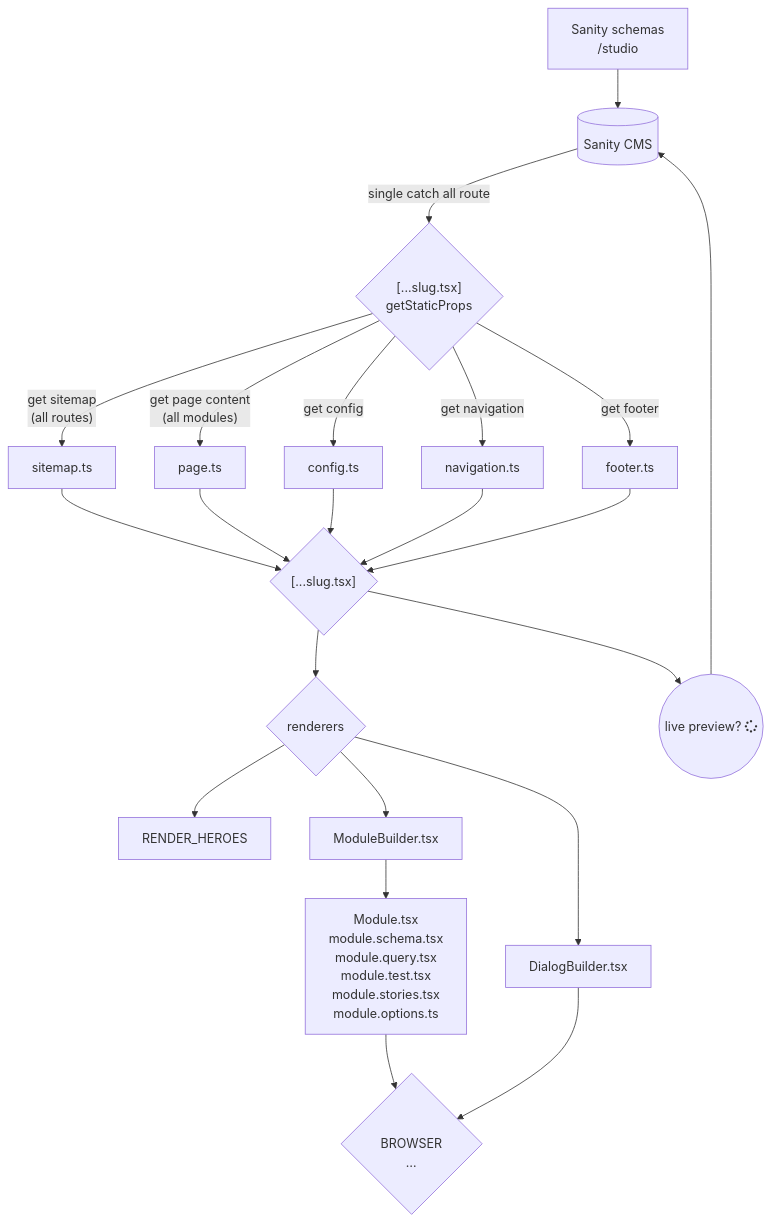
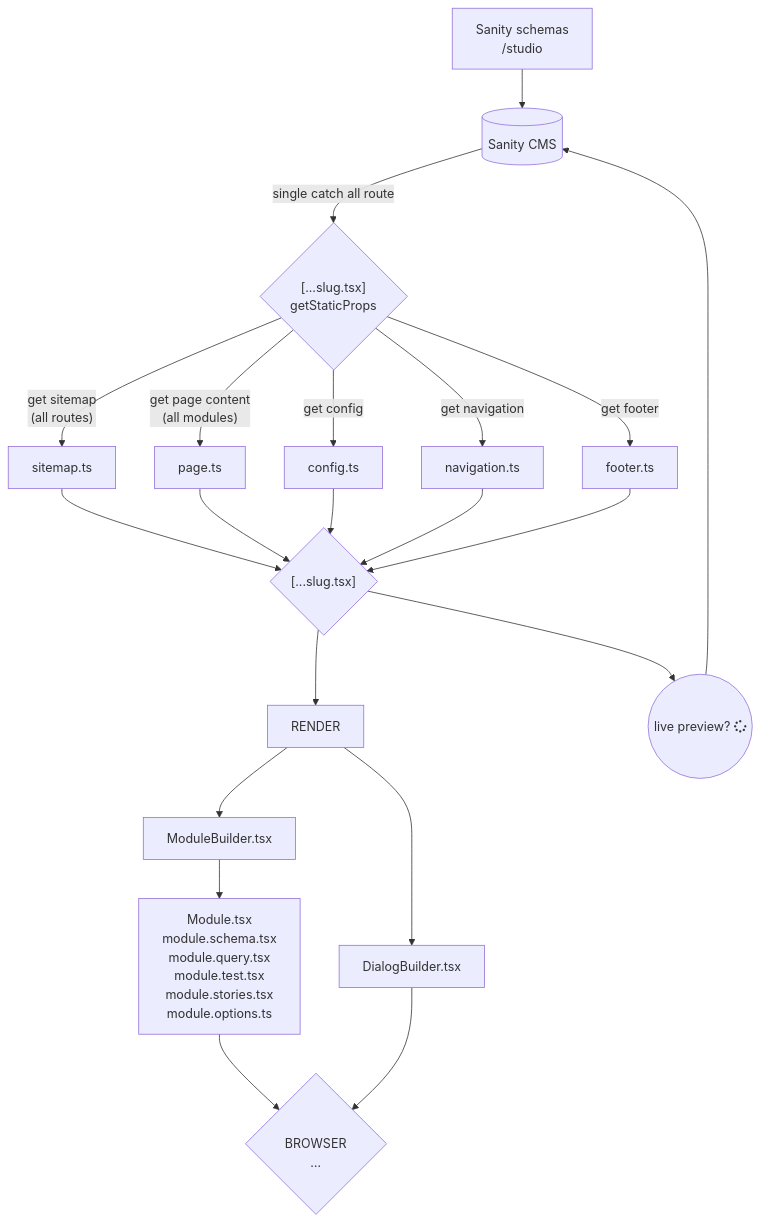
One commit to Mawla/Agency-Starter-Framework changed the diagram in README.md. Above: the diagram before and after it, drawn with Mermaid. The commit also changed 5 other files, not shown here.

````diff
--- a/README.md
+++ b/README.md
@@ -32,26 +32,25 @@
 ```mermaid
 graph TD
     SCHEMAS["Sanity schemas<br>/studio"]-->CMS
     CMS[(Sanity CMS)]-->|single catch all route|DATA{"[...slug.tsx] <br>getStaticProps"}
     PREVIEW_MODE((live preview? fa:fa-spinner))--->CMS
 
     DATA -->|"get sitemap<br>(all routes)"| QUERY_SITEMAP[sitemap.ts]-->CATCH_ALL_RENDER
     DATA -->|"get page content<br>(all modules)"| QUERY_PAGE[page.ts]-->CATCH_ALL_RENDER
     DATA -->|get config| QUERY_CONFIG[config.ts]-->CATCH_ALL_RENDER
     DATA -->|get navigation| QUERY_NAV[navigation.ts] -->CATCH_ALL_RENDER
     DATA -->|get footer| QUERY_FOOTER[footer.ts] -->CATCH_ALL_RENDER
 
     CATCH_ALL_RENDER{"[...slug.tsx]"} -->RENDER
     CATCH_ALL_RENDER-->PREVIEW_MODE
 
-    RENDER{renderers} -->RENDER_HEROES
     RENDER -->RENDER_MODULES
     RENDER -->RENDER_DIALOGS
 
     RENDER_MODULES[ModuleBuilder.tsx]-->MODULE
     RENDER_DIALOGS[DialogBuilder.tsx]-->PAGE
 
     MODULE[Module.tsx<br>module.schema.tsx<br>module.query.tsx<br>module.test.tsx<br>module.stories.tsx<br>module.options.ts]-->PAGE
 
     PAGE{"<br>BROWSER<br>…"}
 ```
````
